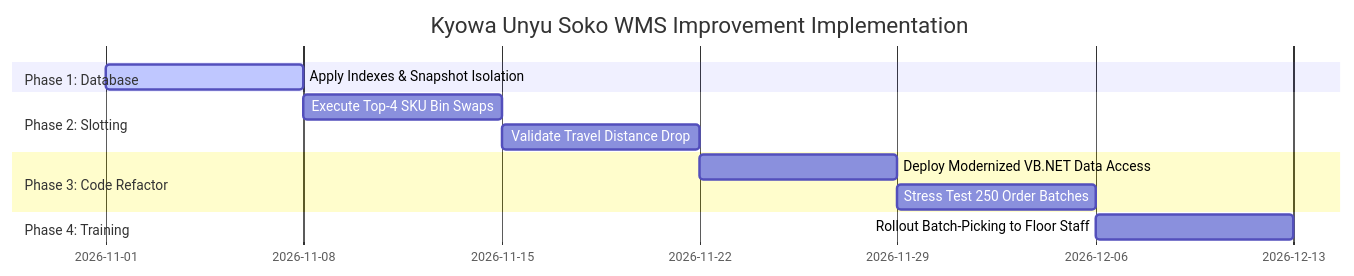
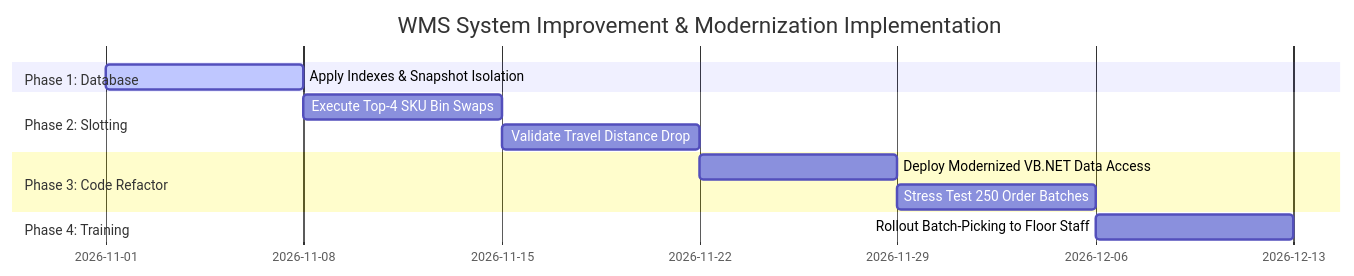
One commit to KiskuAryan/wms-operational-efficiency-audit changed the third of 3 diagrams in docs/SYSTEM_IMPROVEMENT_REPORT.md. Above: the diagram before and after it, drawn with Mermaid. The commit also changed other lines of this file and 3 other files, not shown here.

````diff
--- a/docs/SYSTEM_IMPROVEMENT_REPORT.md
+++ b/docs/SYSTEM_IMPROVEMENT_REPORT.md
@@ -154,15 +154,15 @@
 ```mermaid
 gantt
-    title Kyowa Unyu Soko WMS Improvement Implementation
+    title WMS System Improvement & Modernization Implementation
     dateFormat  YYYY-MM-DD
     section Phase 1: Database
     Apply Indexes & Snapshot Isolation   :active, 2026-11-01, 7d
     section Phase 2: Slotting
     Execute Top-4 SKU Bin Swaps          :2026-11-08, 7d
     Validate Travel Distance Drop        :2026-11-15, 7d
     section Phase 3: Code Refactor
     Deploy Modernized VB.NET Data Access :2026-11-22, 7d
     Stress Test 250 Order Batches        :2026-11-29, 7d
     section Phase 4: Training
     Rollout Batch-Picking to Floor Staff :2026-12-06, 7d
 ```
````
